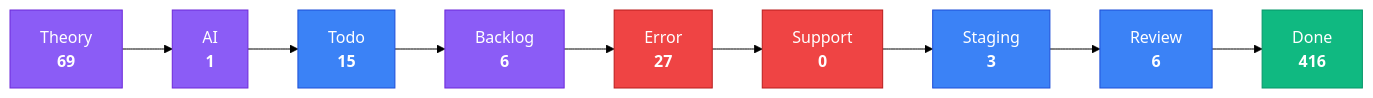
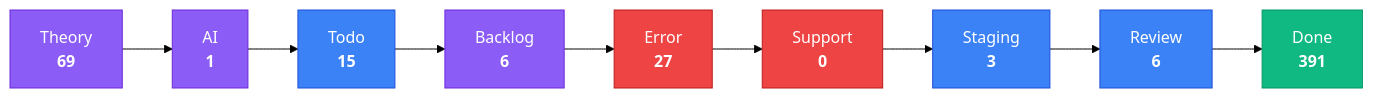
Before and after one commit to KBVE/kbve: the third of 4 diagrams in apps/kbve/astro-kbve/src/content/docs/dashboard/kanban-data.mdx, drawn with Mermaid (forest theme). The commit also changed other lines of this file and 8 other files, not shown here.

````diff
--- a/apps/kbve/astro-kbve/src/content/docs/dashboard/kanban-data.mdx
+++ b/apps/kbve/astro-kbve/src/content/docs/dashboard/kanban-data.mdx
@@ -80,28 +80,28 @@
 ```mermaid
 flowchart LR
     classDef planning fill:#8b5cf6,stroke:#6d28d9,color:#fff
     classDef active fill:#3b82f6,stroke:#1d4ed8,color:#fff
     classDef blocked fill:#ef4444,stroke:#b91c1c,color:#fff
     classDef done fill:#10b981,stroke:#059669,color:#fff
     Theory["Theory<br/><strong>69</strong>"]
     Theory --> AI
     AI["AI<br/><strong>1</strong>"]
     AI --> Todo
     Todo["Todo<br/><strong>15</strong>"]
     Todo --> Backlog
     Backlog["Backlog<br/><strong>6</strong>"]
     Backlog --> Error
     Error["Error<br/><strong>27</strong>"]
     Error --> Support
     Support["Support<br/><strong>0</strong>"]
     Support --> Staging
     Staging["Staging<br/><strong>3</strong>"]
     Staging --> Review
     Review["Review<br/><strong>6</strong>"]
     Review --> Done
-    Done["Done<br/><strong>416</strong>"]
+    Done["Done<br/><strong>391</strong>"]
     class Theory,AI,Backlog planning
     class Todo,Staging,Review active
     class Error,Support blocked
     class Done done
 ```
````
